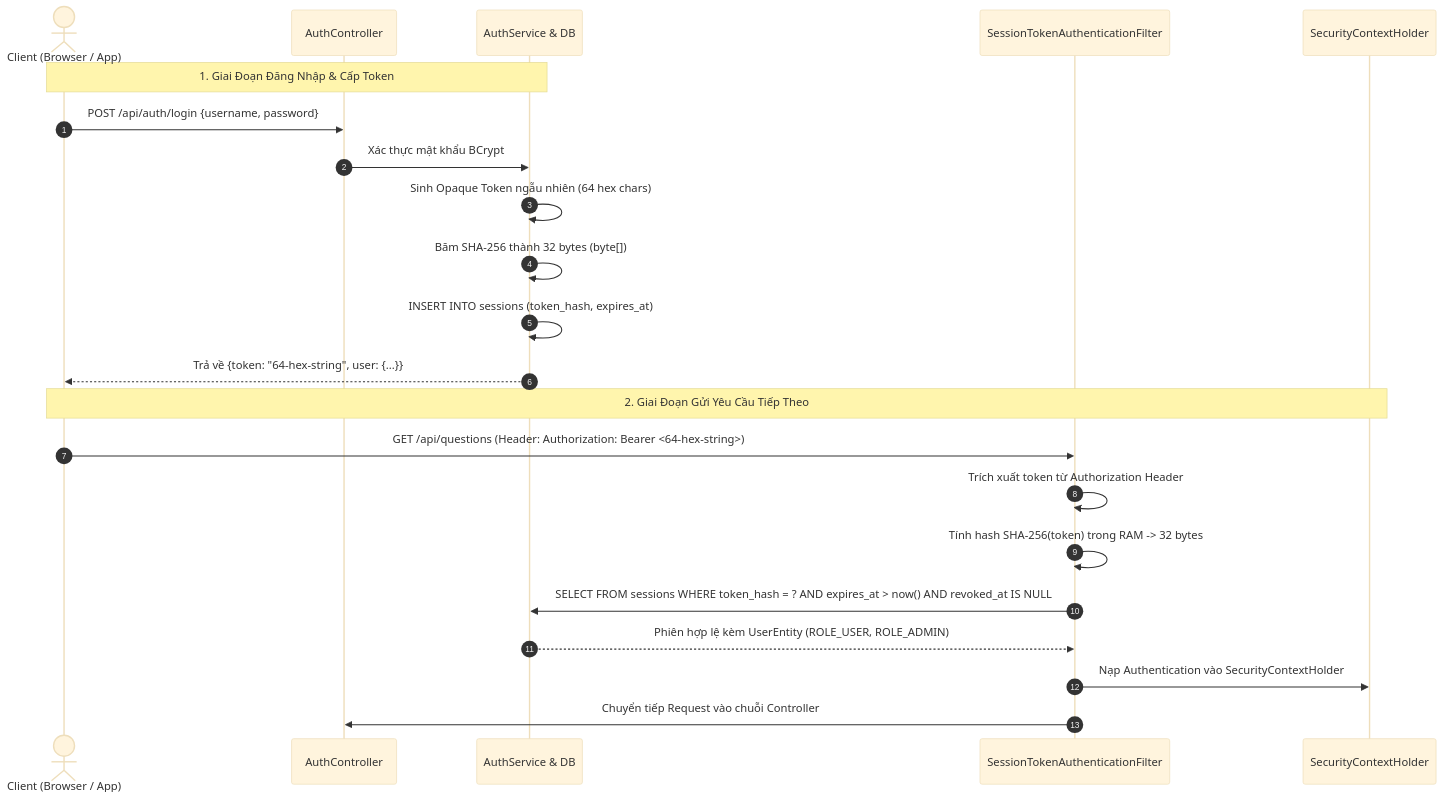
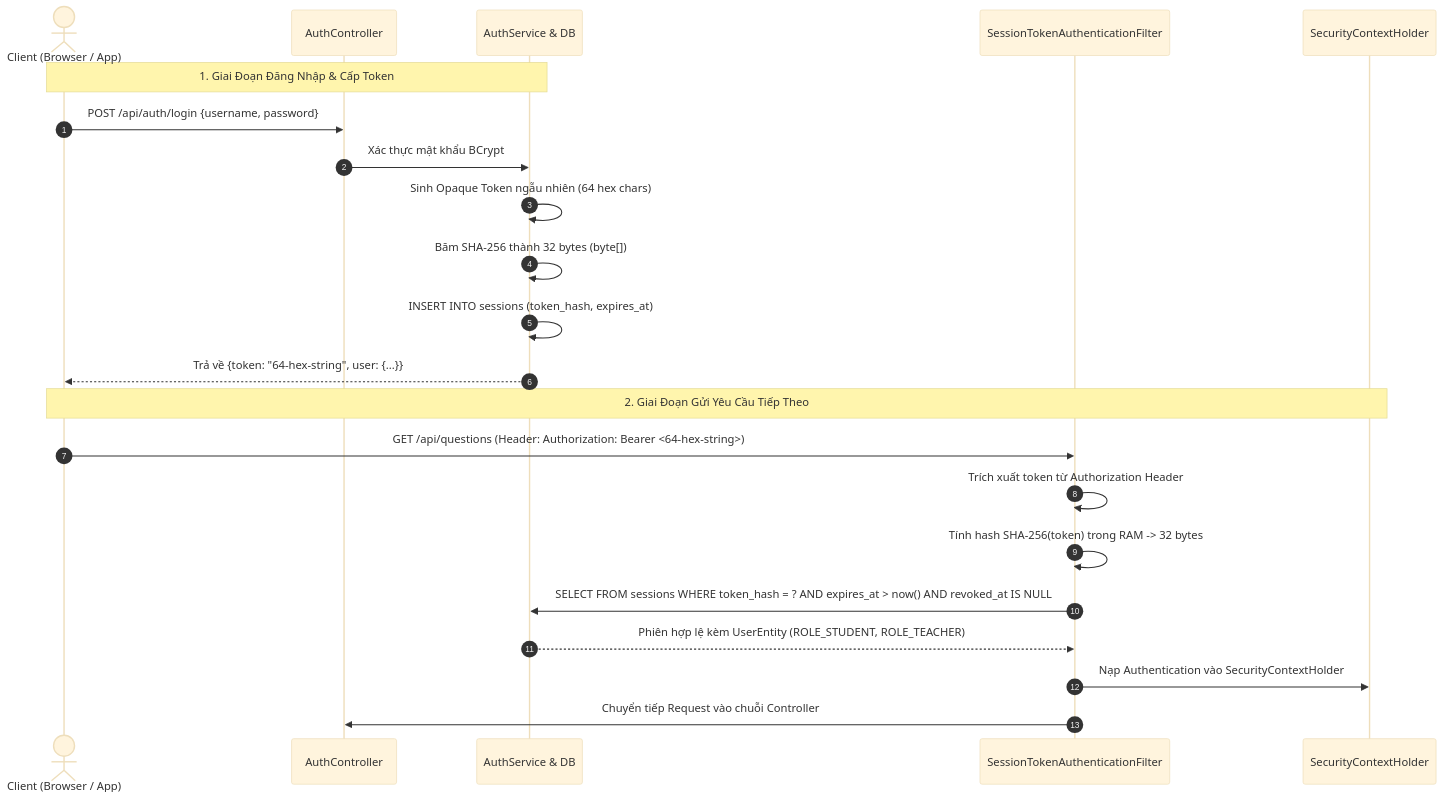
Before and after one commit to lethanhan01/mooc-clone: the diagram in server/docs/security-architecture.md, drawn with Mermaid (base theme). The commit also changed other lines of this file and 25 other files, not shown here.

````diff
--- a/server/docs/security-architecture.md
+++ b/server/docs/security-architecture.md
@@ -18,26 +18,26 @@
 ```mermaid
 sequenceDiagram
     autonumber
     actor Client as Client (Browser / App)
     participant AuthCtrl as AuthController
     participant SecService as AuthService & DB
     participant Filter as SessionTokenAuthenticationFilter
     participant SecCtx as SecurityContextHolder
 
     Note over Client,SecService: 1. Giai Đoạn Đăng Nhập & Cấp Token
     Client->>AuthCtrl: POST /api/auth/login {username, password}
     AuthCtrl->>SecService: Xác thực mật khẩu BCrypt
     SecService->>SecService: Sinh Opaque Token ngẫu nhiên (64 hex chars)
     SecService->>SecService: Băm SHA-256 thành 32 bytes (byte[])
     SecService->>SecService: INSERT INTO sessions (token_hash, expires_at)
     SecService-->>Client: Trả về {token: "64-hex-string", user: {...}}
 
     Note over Client,SecCtx: 2. Giai Đoạn Gửi Yêu Cầu Tiếp Theo
     Client->>Filter: GET /api/questions (Header: Authorization: Bearer <64-hex-string>)
     Filter->>Filter: Trích xuất token từ Authorization Header
     Filter->>Filter: Tính hash SHA-256(token) trong RAM -> 32 bytes
     Filter->>SecService: SELECT FROM sessions WHERE token_hash = ? AND expires_at > now() AND revoked_at IS NULL
-    SecService-->>Filter: Phiên hợp lệ kèm UserEntity (ROLE_USER, ROLE_ADMIN)
+    SecService-->>Filter: Phiên hợp lệ kèm UserEntity (ROLE_STUDENT, ROLE_TEACHER)
     Filter->>SecCtx: Nạp Authentication vào SecurityContextHolder
     Filter->>AuthCtrl: Chuyển tiếp Request vào chuỗi Controller
 ```
````
